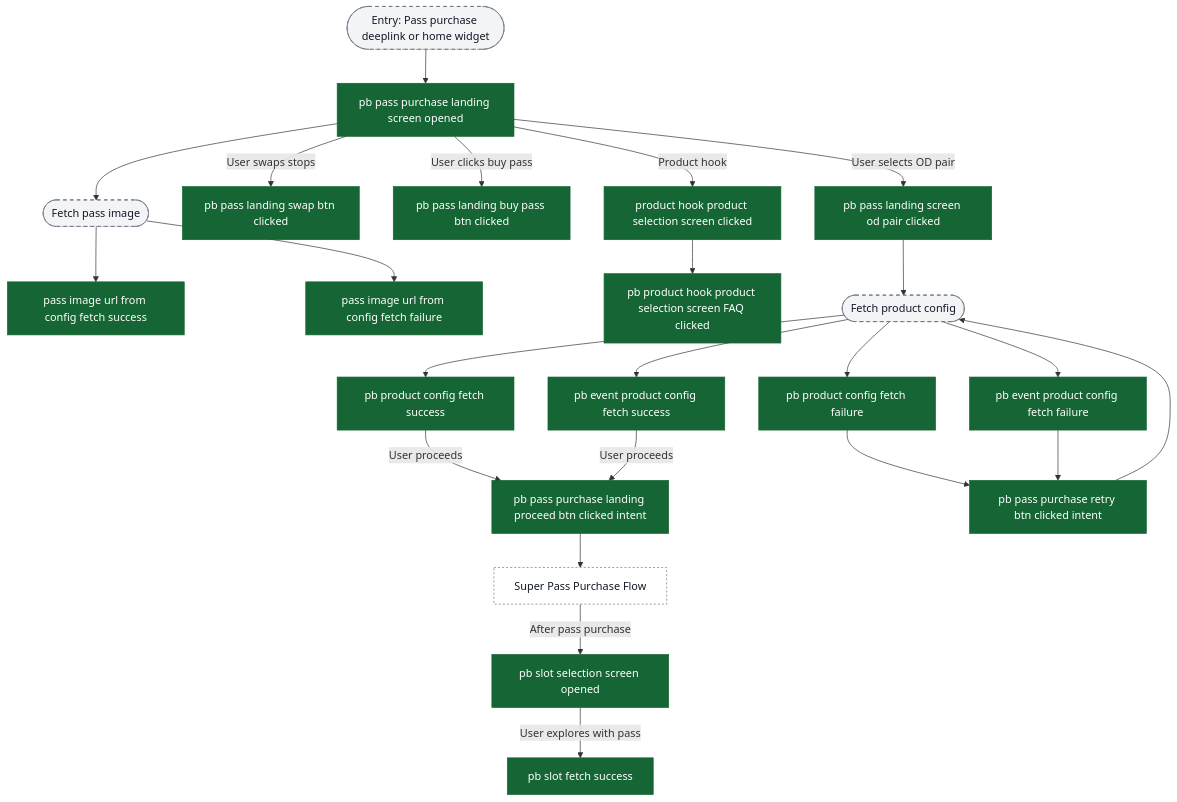
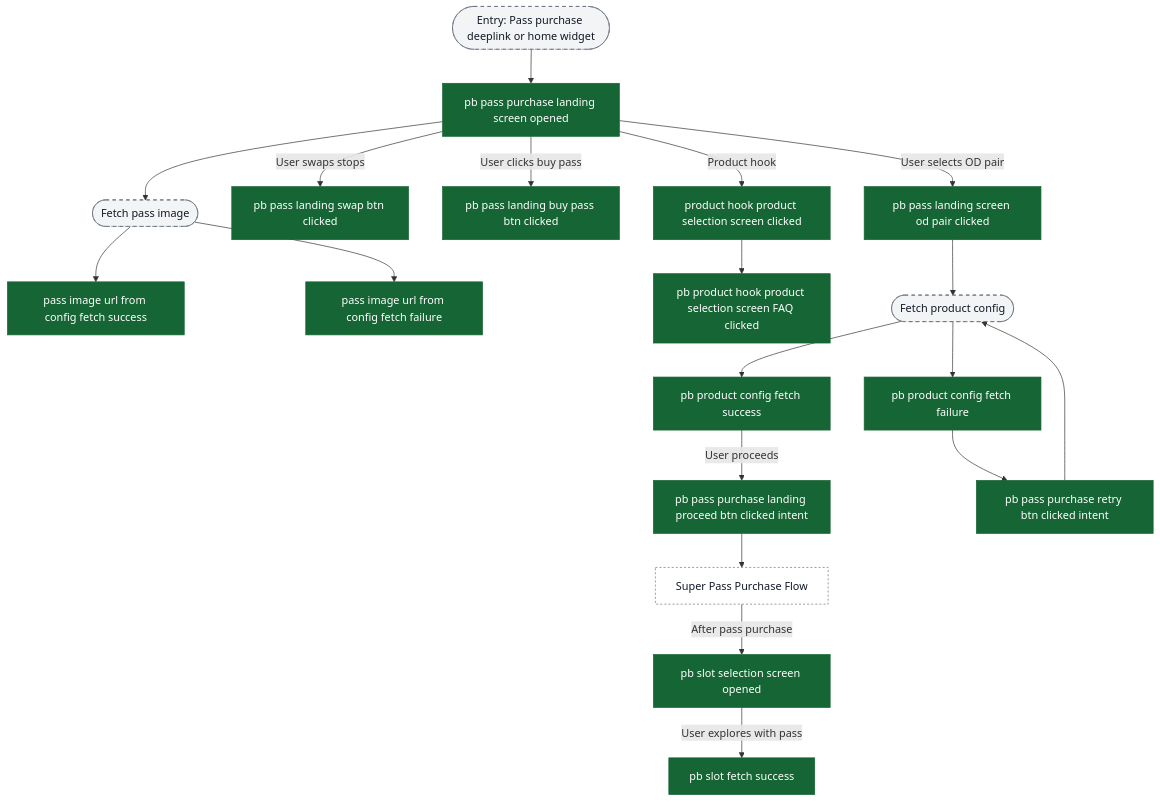
The fourth of 7 diagrams in content/analytics/premium-bus-booking/flow-diagrams.md (ratulsarna/chalo-app-dashboard), drawn with Mermaid before and after one commit. The commit also changed other lines of this file and 9 other files, not shown here.

First line of the commit message:
Add flow diagrams for Premium Bus bulk booking and manage rides analytics events

````diff
--- a/content/analytics/premium-bus-booking/flow-diagrams.md
+++ b/content/analytics/premium-bus-booking/flow-diagrams.md
@@ -144,40 +141,36 @@
 ```mermaid
 flowchart TD
   ui_passEntry([Entry: Pass purchase deeplink or home widget]) --> ev_passLandingOpen["pb pass purchase landing screen opened"]
 
   ev_passLandingOpen --> ui_imageFetch([Fetch pass image])
   ui_imageFetch --> ev_imageSuccess["pass image url from config fetch success"]
   ui_imageFetch --> ev_imageFailed["pass image url from config fetch failure"]
 
   ev_passLandingOpen -->|User swaps stops| ev_swapClicked["pb pass landing swap btn clicked"]
   ev_passLandingOpen -->|User clicks buy pass| ev_buyPassClicked["pb pass landing buy pass btn clicked"]
   ev_passLandingOpen -->|User selects OD pair| ev_odPairClicked["pb pass landing screen od pair clicked"]
   ev_passLandingOpen -->|Product hook| ev_productHookClicked["product hook product selection screen clicked"]
   ev_productHookClicked --> ev_productHookFaqClicked["pb product hook product selection screen FAQ clicked"]
 
   ev_odPairClicked --> ui_configFetch([Fetch product config])
   ui_configFetch --> ev_configSuccess["pb product config fetch success"]
   ui_configFetch --> ev_configFailed["pb product config fetch failure"]
-  ui_configFetch --> ev_configSuccessLegacy["pb event product config fetch success"]
-  ui_configFetch --> ev_configFailedLegacy["pb event product config fetch failure"]
 
   ev_configSuccess -->|User proceeds| ev_proceedClicked["pb pass purchase landing proceed btn clicked intent"]
-  ev_configSuccessLegacy -->|User proceeds| ev_proceedClicked
 
   ev_configFailed --> ev_retryIntent["pb pass purchase retry btn clicked intent"]
-  ev_configFailedLegacy --> ev_retryIntent
   ev_retryIntent --> ui_configFetch
 
   ev_proceedClicked --> ext_superPassFlow[Super Pass Purchase Flow]
 
   ext_superPassFlow -->|After pass purchase| ev_slotScreenOpen["pb slot selection screen opened"]
   ev_slotScreenOpen -->|User explores with pass| ev_slotSuccess["pb slot fetch success"]
 
   classDef event fill:#166534,stroke:#166534,color:#ffffff;
   classDef ui fill:#f3f4f6,stroke:#6b7280,stroke-dasharray: 5 5,color:#111827;
   classDef external fill:#ffffff,stroke:#6b7280,stroke-dasharray: 3 3,color:#111827;
 
-  class ev_passLandingOpen,ev_imageSuccess,ev_imageFailed,ev_swapClicked,ev_buyPassClicked,ev_odPairClicked,ev_productHookClicked,ev_productHookFaqClicked,ev_configSuccess,ev_configFailed,ev_configSuccessLegacy,ev_configFailedLegacy,ev_retryIntent,ev_proceedClicked,ev_slotScreenOpen,ev_slotSuccess event;
+  class ev_passLandingOpen,ev_imageSuccess,ev_imageFailed,ev_swapClicked,ev_buyPassClicked,ev_odPairClicked,ev_productHookClicked,ev_productHookFaqClicked,ev_configSuccess,ev_configFailed,ev_retryIntent,ev_proceedClicked,ev_slotScreenOpen,ev_slotSuccess event;
   class ui_passEntry,ui_imageFetch,ui_configFetch ui;
   class ext_superPassFlow external;
 ```
````
